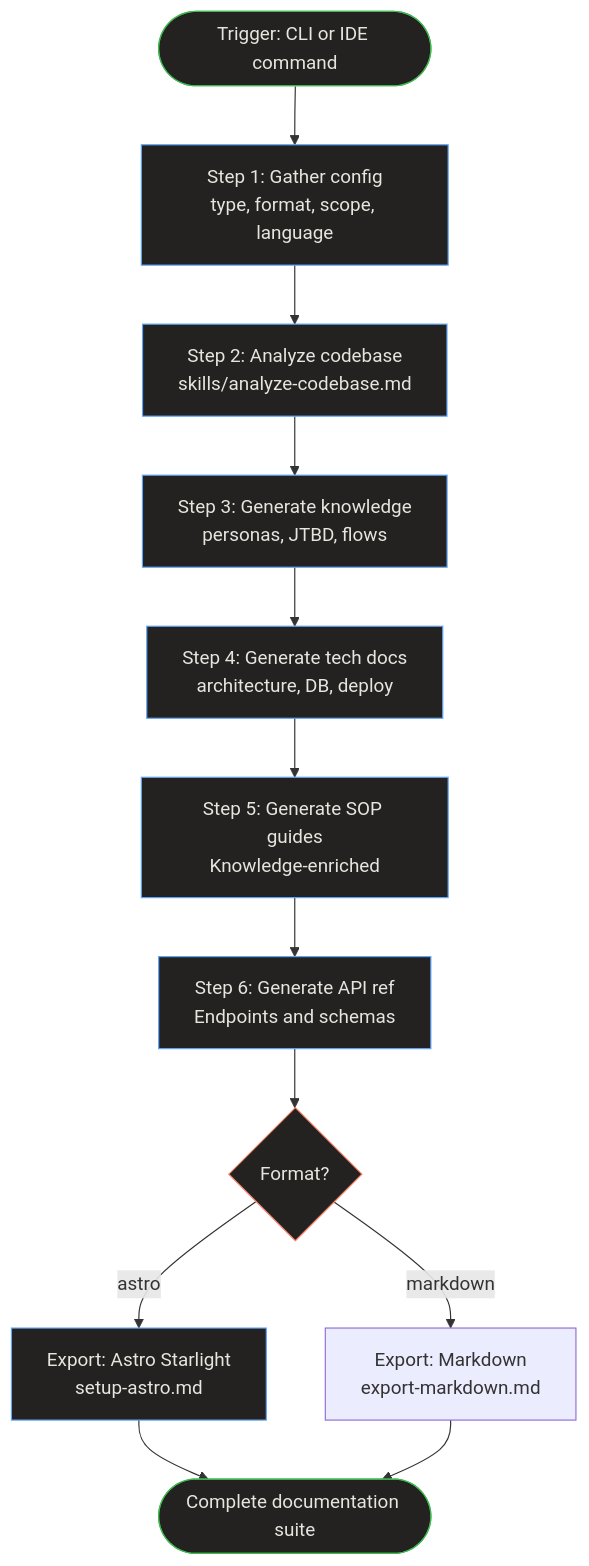
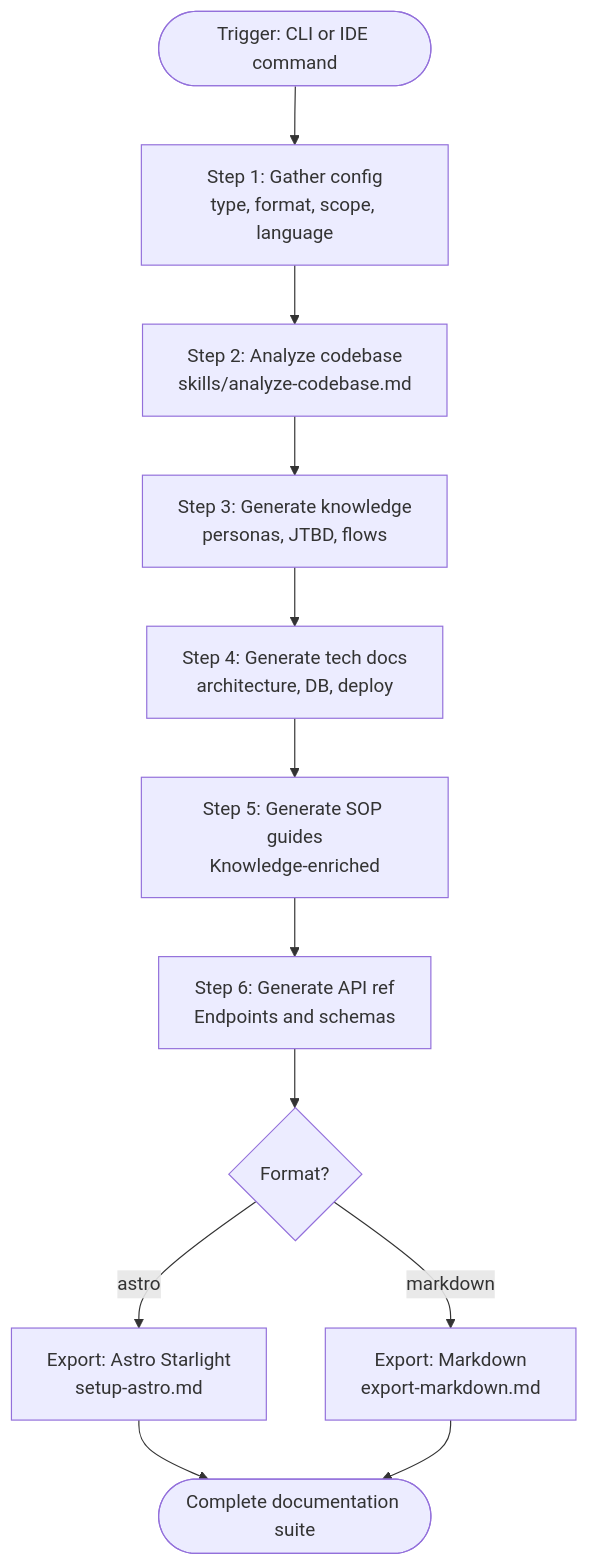
Before and after one commit to relukdev/doc-kit: the diagram in astro-site/src/content/docs/flows/wf-skill-pipeline.md, drawn with Mermaid. The commit also changed 48 other files, not shown here.

First line of the commit message:
fix: remove hard-coded Mermaid dark-mode colors, use native themes for light/dark

````diff
--- a/astro-site/src/content/docs/flows/wf-skill-pipeline.md
+++ b/astro-site/src/content/docs/flows/wf-skill-pipeline.md
@@ -20,29 +20,19 @@
 ```mermaid
 graph TB
-    style Start fill:#232221,stroke:#3fb950,color:#E8E5DF
-    style End fill:#232221,stroke:#3fb950,color:#E8E5DF
-    style A fill:#232221,stroke:#60A5FA,color:#E8E5DF
-    style B fill:#232221,stroke:#60A5FA,color:#E8E5DF
-    style C fill:#232221,stroke:#60A5FA,color:#E8E5DF
-    style D fill:#232221,stroke:#60A5FA,color:#E8E5DF
-    style E fill:#232221,stroke:#60A5FA,color:#E8E5DF
-    style F fill:#232221,stroke:#60A5FA,color:#E8E5DF
-    style G fill:#232221,stroke:#60A5FA,color:#E8E5DF
-    style Decision fill:#232221,stroke:#f78166,color:#E8E5DF
 
     Start(["Trigger: CLI or IDE command"])
     A["Step 1: Gather config\ntype, format, scope, language"]
     B["Step 2: Analyze codebase\nskills/analyze-codebase.md"]
     C["Step 3: Generate knowledge\npersonas, JTBD, flows"]
     D["Step 4: Generate tech docs\narchitecture, DB, deploy"]
     E["Step 5: Generate SOP guides\nKnowledge-enriched"]
     F["Step 6: Generate API ref\nEndpoints and schemas"]
     Decision{"Format?"}
     G["Export: Astro Starlight\nsetup-astro.md"]
     H["Export: Markdown\nexport-markdown.md"]
     End(["Complete documentation suite"])
 
     Start --> A --> B --> C --> D --> E --> F --> Decision
     Decision -->|"astro"| G --> End
     Decision -->|"markdown"| H --> End
 ```
````
